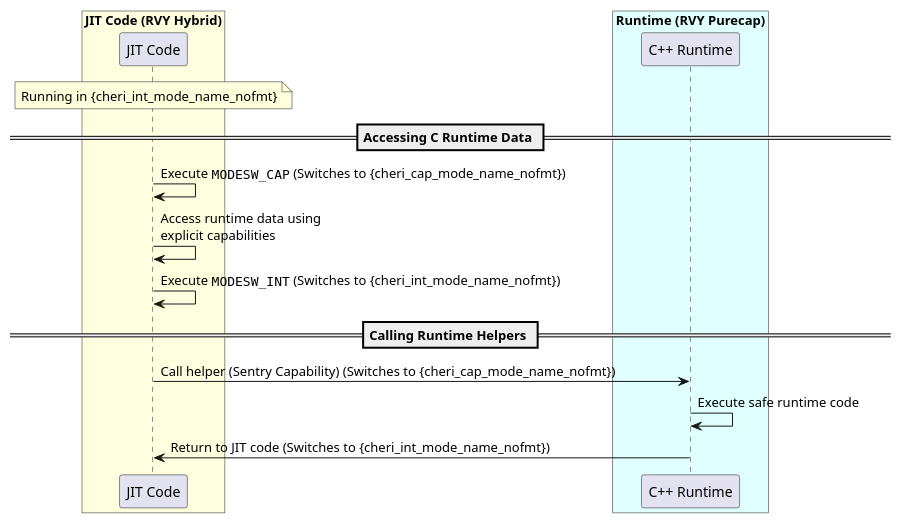
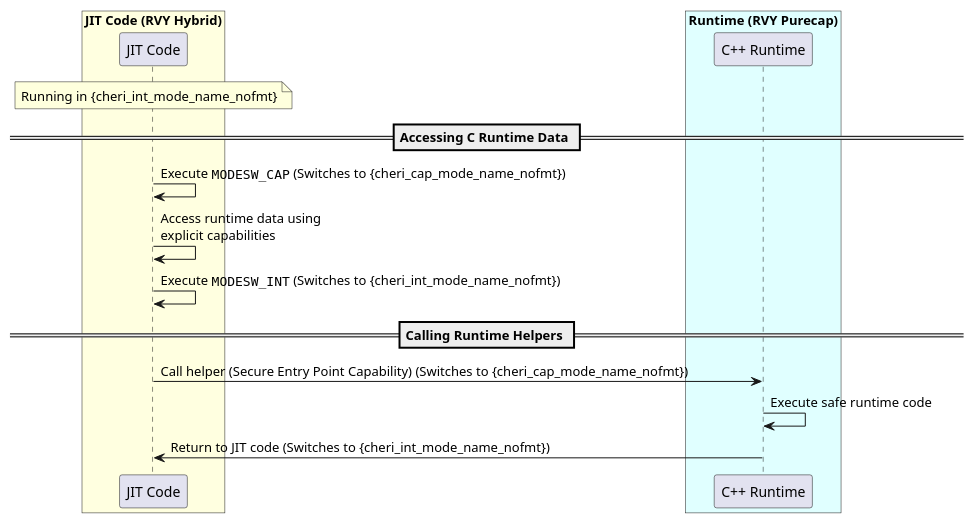
One commit to riscv/riscv-cheri changed the fourth of 4 diagrams in src/cheri/app-hybrid-usage.adoc. Above: the diagram before and after it, drawn with PlantUML. The commit also changed other lines of this file and 19 other files, not shown here.

```diff
--- a/src/cheri/app-hybrid-usage.adoc
+++ b/src/cheri/app-hybrid-usage.adoc
@@ -163,25 +163,25 @@
 [plantuml, target="hybrid-mode-transition", format="svg",subs=attributes+]
 ....
 @startuml
 box "JIT Code (RVY Hybrid)" #LightYellow
 participant "JIT Code" as J
 end box
 
 box "Runtime (RVY Purecap)" #LightCyan
 participant "C++ Runtime" as R
 end box
 
 note over J: Running in {cheri_int_mode_name_nofmt}
 
 == Accessing C Runtime Data ==
 J -> J: Execute ""MODESW_CAP"" (Switches to {cheri_cap_mode_name_nofmt})
 J -> J: Access runtime data using\nexplicit capabilities
 J -> J: Execute ""MODESW_INT"" (Switches to {cheri_int_mode_name_nofmt})
 
 == Calling Runtime Helpers ==
-J -> R: Call helper (Sentry Capability) (Switches to {cheri_cap_mode_name_nofmt})
+J -> R: Call helper (Secure Entry Point Capability) (Switches to {cheri_cap_mode_name_nofmt})
 R -> R: Execute safe runtime code
 R -> J: Return to JIT code (Switches to {cheri_int_mode_name_nofmt})
 
 @enduml
 ....
```
